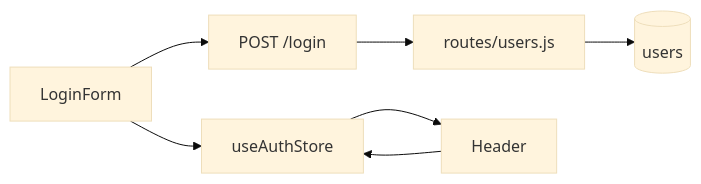
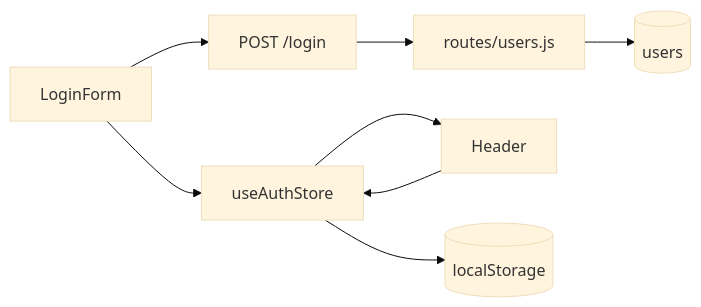
Before and after one commit to metakit-sorucecode/react-blog: the sixth of 7 diagrams in .projectcode/wiki/scenarios.md, drawn with Mermaid (base theme). The commit also changed other lines of this file and 4 other files, not shown here.

````diff
--- a/.projectcode/wiki/scenarios.md
+++ b/.projectcode/wiki/scenarios.md
@@ -109,9 +109,10 @@
 ```mermaid
 flowchart LR
   A[LoginForm] --> B["POST /login"]
   B --> C[routes/users.js]
   C --> D[(users)]
   A --> E[useAuthStore]
   E --> F[Header]
   F --> E
+  E --> G[(localStorage)]
 ```
````
